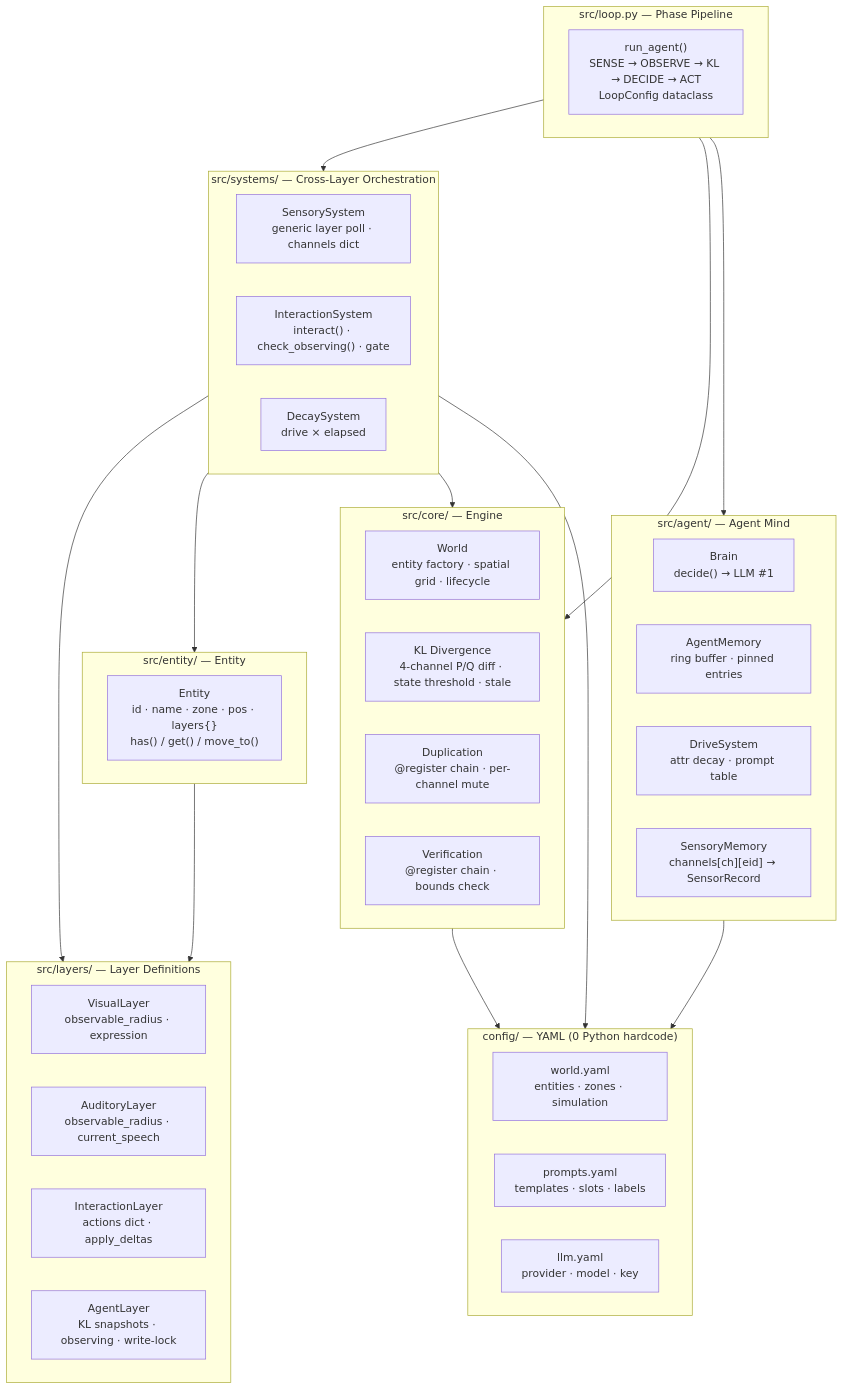
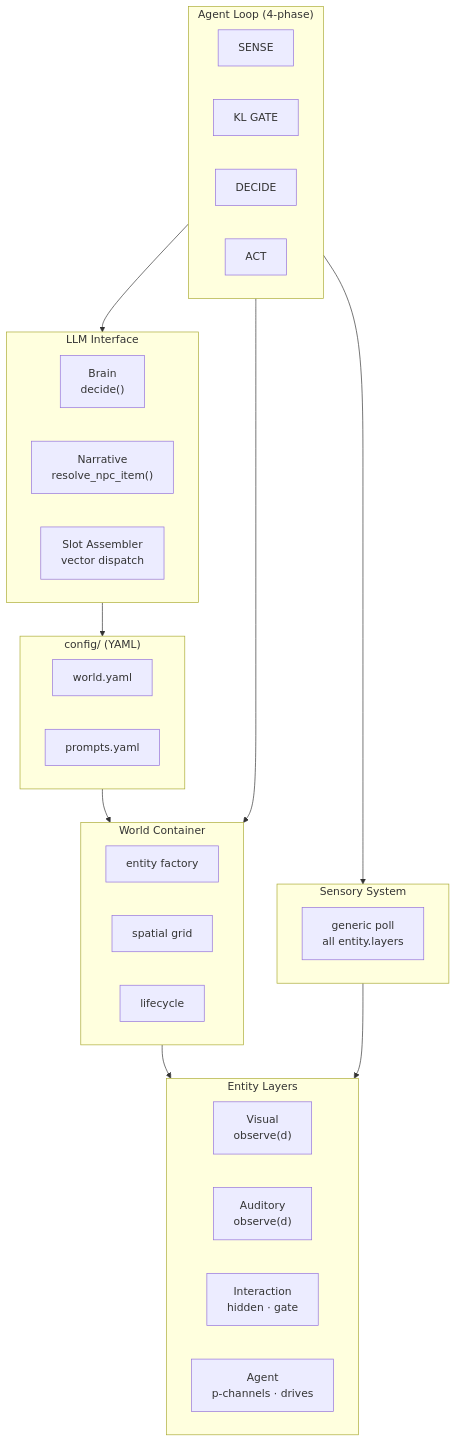
Before and after one commit to flaverse/AgentWorld_Async_UI: the first of 6 diagrams in README.md, drawn with Mermaid. The commit also changed other lines of this file and 25 other files, not shown here.

First line of the commit message:
refactor: v6 — slot vector system + delete duplication/observing + dead code elimination

````diff
--- a/README.md
+++ b/README.md
@@ -28,54 +25,45 @@
 ```mermaid
 flowchart TB
-    subgraph Config["config/ — YAML (0 Python hardcode)"]
-        world["world.yaml<br/>entities · zones · simulation"]
-        prompts["prompts.yaml<br/>templates · slots · labels"]
-        llm_cfg["llm.yaml<br/>provider · model · key"]
+    subgraph Config["config/ (YAML)"]
+        world_yaml["world.yaml"]
+        prompt_yaml["prompts.yaml"]
     end
 
-    subgraph Core["src/core/ — Engine"]
-        world_engine["World<br/>entity factory · spatial grid · lifecycle"]
-        kl["KL Divergence<br/>4-channel P/Q diff · state threshold · stale"]
-        dup["Duplication<br/>@register chain · per-channel mute"]
-        verify["Verification<br/>@register chain · bounds check"]
+    subgraph World["World Container"]
+        world_engine["entity factory"]
+        spatial["spatial grid"]
+        lifecycle["lifecycle"]
     end
 
-    subgraph Layers["src/layers/ — Layer Definitions"]
-        visual["VisualLayer<br/>observable_radius · expression"]
-        auditory["AuditoryLayer<br/>observable_radius · current_speech"]
-        interaction["InteractionLayer<br/>actions dict · apply_deltas"]
-        agent_layer["AgentLayer<br/>KL snapshots · observing · write-lock"]
+    subgraph Layer["Entity Layers"]
+        visual["Visual<br/>observe(d)"]
+        auditory["Auditory<br/>observe(d)"]
+        inter["Interaction<br/>hidden · gate"]
+        agent["Agent<br/>p-channels · drives"]
     end
 
-    subgraph Entity["src/entity/ — Entity"]
-        entity["Entity<br/>id · name · zone · pos · layers{}<br/>has() / get() / move_to()"]
+    subgraph Sensory["Sensory System"]
+        poll["generic poll<br/>all entity.layers"]
     end
 
-    subgraph Systems["src/systems/ — Cross-Layer Orchestration"]
-        sensory["SensorySystem<br/>generic layer poll · channels dict"]
-        interact_sys["InteractionSystem<br/>interact() · check_observing() · gate"]
-        decay["DecaySystem<br/>drive × elapsed"]
+    subgraph AgentLoop["Agent Loop (4-phase)"]
+        s["SENSE"]
+        k["KL GATE"]
+        d["DECIDE"]
+        a["ACT"]
     end
 
-    subgraph Agent["src/agent/ — Agent Mind"]
-        brain["Brain<br/>decide() → LLM #1"]
-        memory["AgentMemory<br/>ring buffer · pinned entries"]
-        drives["DriveSystem<br/>attr decay · prompt table"]
-        sensory_mem["SensoryMemory<br/>channels[ch][eid] → SensorRecord"]
+    subgraph LLM["LLM Interface"]
+        brain["Brain<br/>decide()"]
+        narrative["Narrative<br/>resolve_npc_item()"]
+        assembler["Slot Assembler<br/>vector dispatch"]
     end
 
-    subgraph Loop["src/loop.py — Phase Pipeline"]
-        loop["run_agent()<br/>SENSE → OBSERVE → KL → DECIDE → ACT<br/>LoopConfig dataclass"]
-    end
-
-    Entity --> Layers
-    Systems --> Layers
-    Systems --> Entity
-    Systems --> Core
-    Loop --> Systems
-    Loop --> Core
-    Loop --> Agent
-    Agent --> Config
-    Systems --> Config
-    Core --> Config
+    Config --> World
+    World --> Layer
+    Sensory --> Layer
+    AgentLoop --> Sensory
+    AgentLoop --> LLM
+    LLM --> Config
+    AgentLoop --> World
 ```
````
